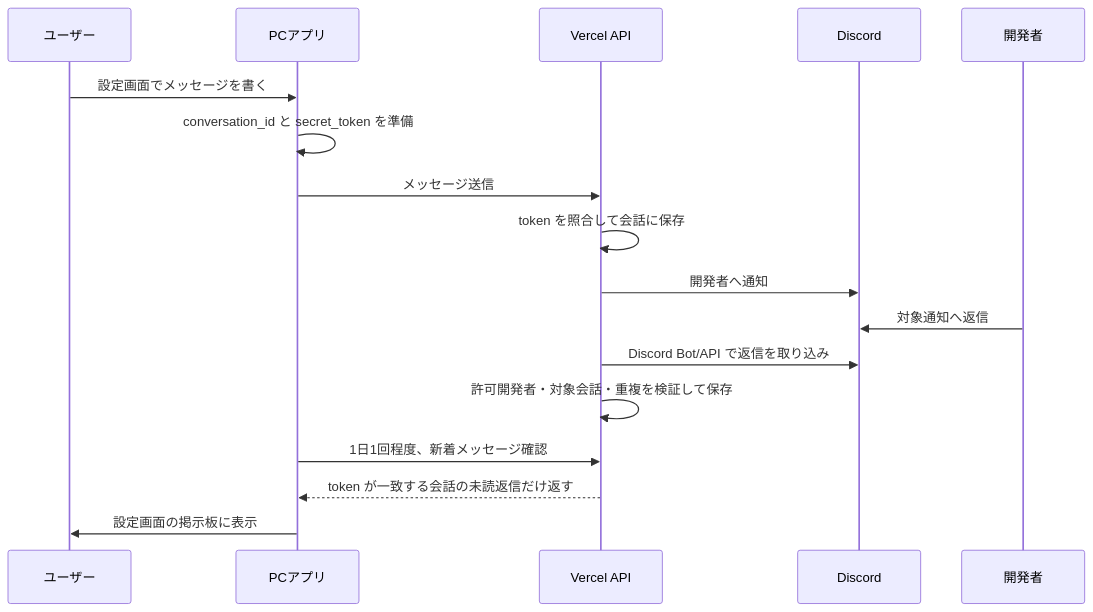
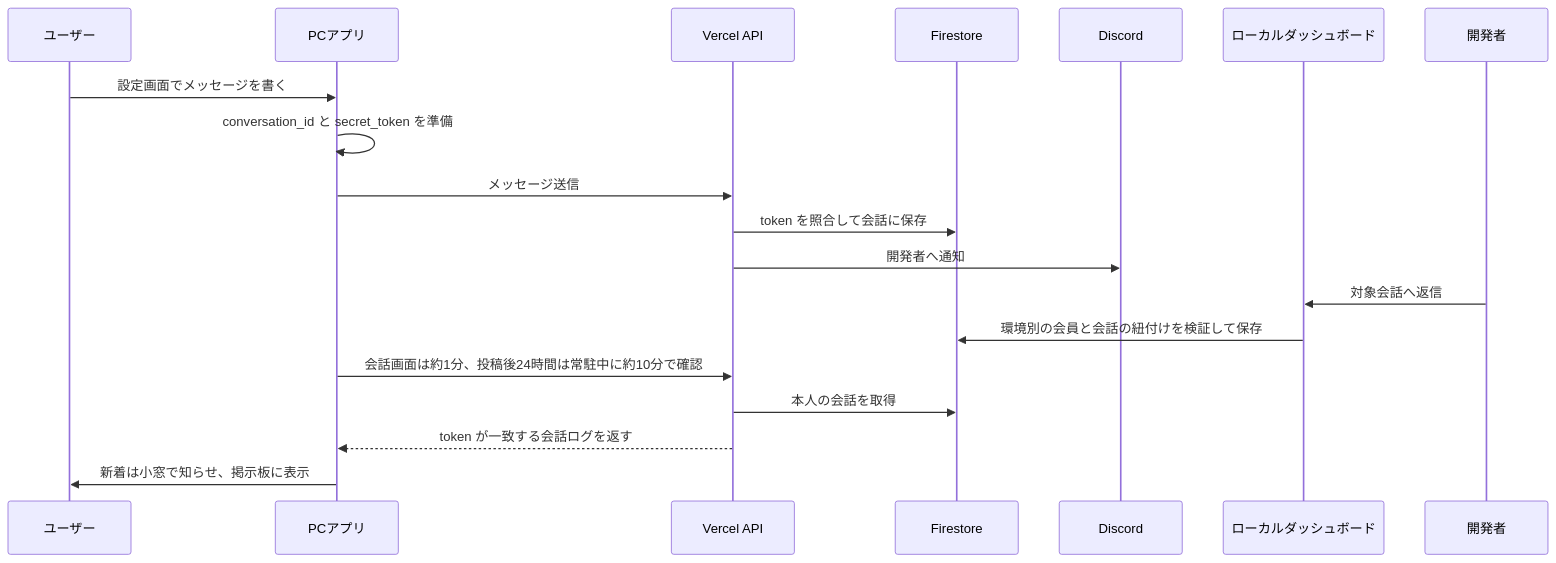
The second of 4 diagrams in docs-v2/007_COMMUNICATION.md (ore-no-fusen/ore-no-fusen), drawn with Mermaid before and after one commit. The commit also changed other lines of this file and 14 other files, not shown here.

````diff
--- a/docs-v2/007_COMMUNICATION.md
+++ b/docs-v2/007_COMMUNICATION.md
@@ -215,20 +220,22 @@
 ```mermaid
 sequenceDiagram
     participant User as ユーザー
     participant PC as PCアプリ
     participant API as Vercel API
+    participant DB as Firestore
     participant Discord as Discord
+    participant Dash as ローカルダッシュボード
     participant Dev as 開発者
 
     User->>PC: 設定画面でメッセージを書く
     PC->>PC: conversation_id と secret_token を準備
     PC->>API: メッセージ送信
-    API->>API: token を照合して会話に保存
+    API->>DB: token を照合して会話に保存
     API->>Discord: 開発者へ通知
-    Dev->>Discord: 対象通知へ返信
-    API->>Discord: Discord Bot/API で返信を取り込み
-    API->>API: 許可開発者・対象会話・重複を検証して保存
-    PC->>API: 1日1回程度、新着メッセージ確認
-    API-->>PC: token が一致する会話の未読返信だけ返す
-    PC->>User: 設定画面の掲示板に表示
+    Dev->>Dash: 対象会話へ返信
+    Dash->>DB: 環境別の会員と会話の紐付けを検証して保存
+    PC->>API: 会話画面は約1分、投稿後24時間は常駐中に約10分で確認
+    API->>DB: 本人の会話を取得
+    API-->>PC: token が一致する会話ログを返す
+    PC->>User: 新着は小窓で知らせ、掲示板に表示
 ```
````
